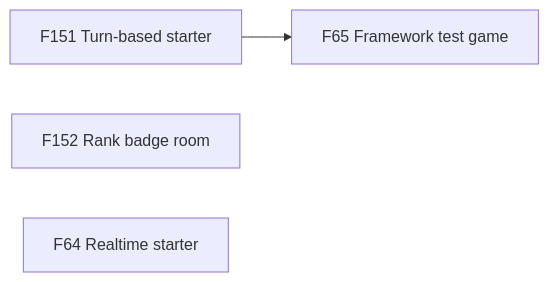
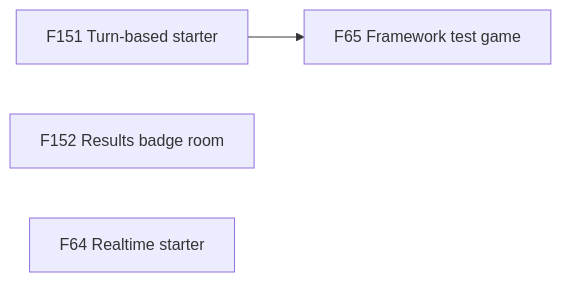
Before and after one commit to TheBlueMuzzy/framework: diagram 22 of 22 in .planning/ROADMAP.md, drawn with Mermaid. The commit also changed other lines of this file and 2 other files, not shown here.

Commit message:
Feature names: roadmap lines F## Name — description; hooks hold every F## mention to its name

````diff
--- a/.planning/ROADMAP.md
+++ b/.planning/ROADMAP.md
@@ -401,6 +401,6 @@
 ```mermaid
 flowchart LR
   F151[F151 Turn-based starter] --> F65[F65 Framework test game]
-  F152[F152 Rank badge room]
+  F152[F152 Results badge room]
   F64[F64 Realtime starter]
 ```
````
